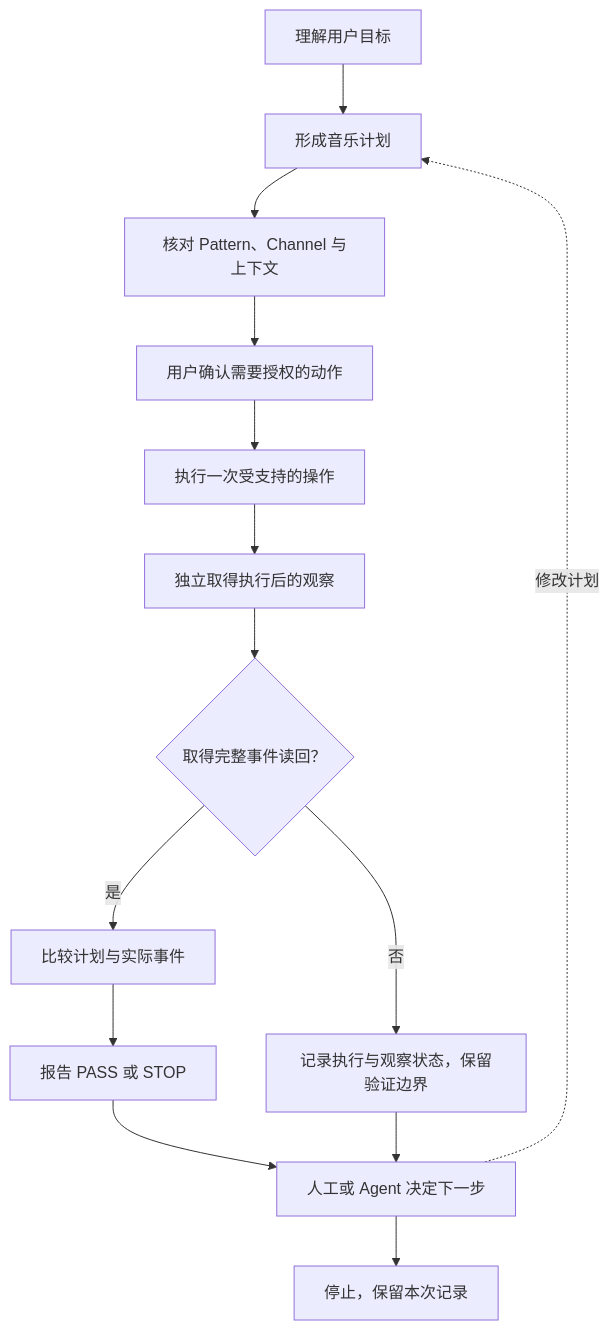
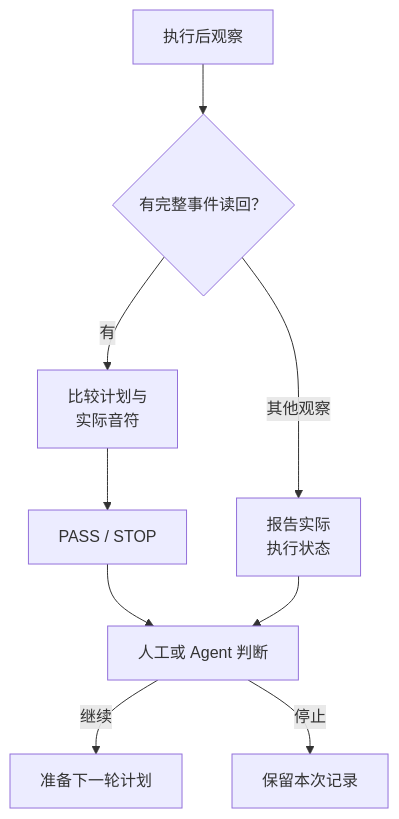
One commit to ryurikoneko/DAWLoop changed the fifth of 5 diagrams in README.md. Above: the diagram before and after it, drawn with Mermaid. The commit also changed other lines of this file and 12 other files, not shown here.

````diff
--- a/README.md
+++ b/README.md
@@ -121,16 +129,11 @@
 ```mermaid
 flowchart TD
-    A[理解用户目标] --> B[形成音乐计划]
-    B --> C[核对 Pattern、Channel 与上下文]
-    C --> H[用户确认需要授权的动作]
-    H --> E[执行一次受支持的操作]
-    E --> O[独立取得执行后的观察]
-    O --> Q{取得完整事件读回？}
-    Q -->|是| V[比较计划与实际事件]
-    V --> P[报告 PASS 或 STOP]
-    Q -->|否| S[记录执行与观察状态，保留验证边界]
-    P --> D[人工或 Agent 决定下一步]
-    S --> D
-    D -. 修改计划 .-> B
-    D --> X[停止，保留本次记录]
+    A[执行后观察] --> B{有完整事件读回？}
+    B -->|有| C[比较计划与<br/>实际音符]
+    C --> D[PASS / STOP]
+    B -->|其他观察| E[报告实际<br/>执行状态]
+    D --> F[人工或 Agent 判断]
+    E --> F
+    F -->|继续| G[准备下一轮计划]
+    F -->|停止| H[保留本次记录]
 ```
````
